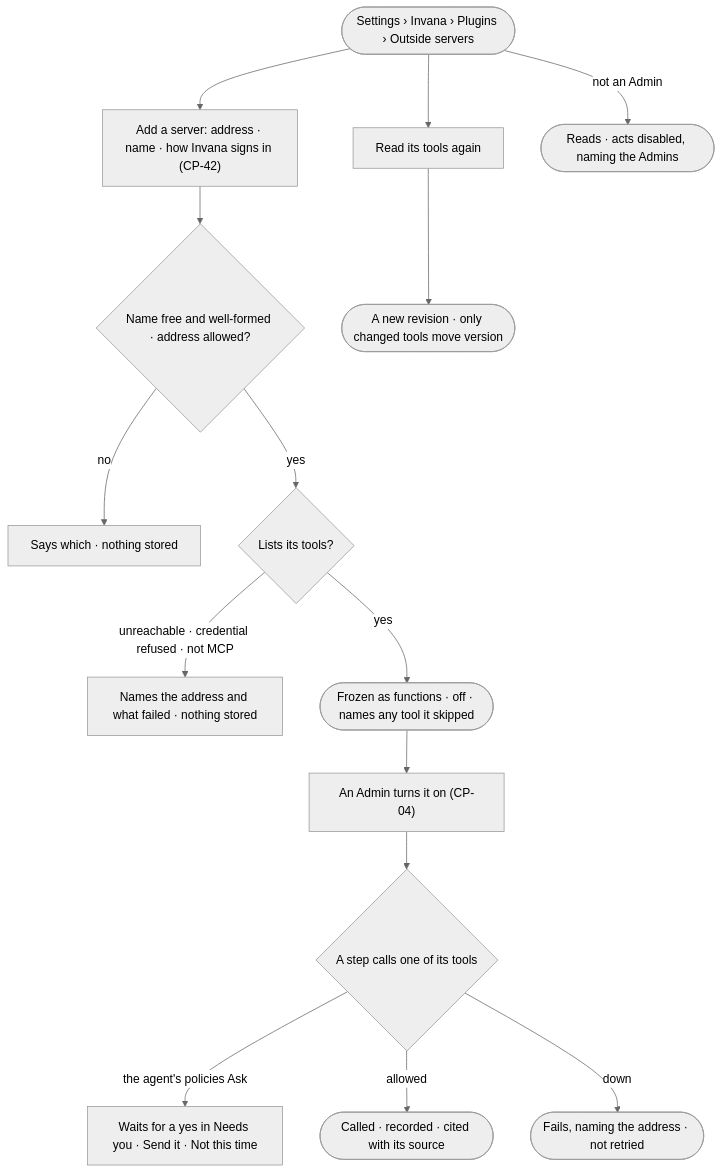
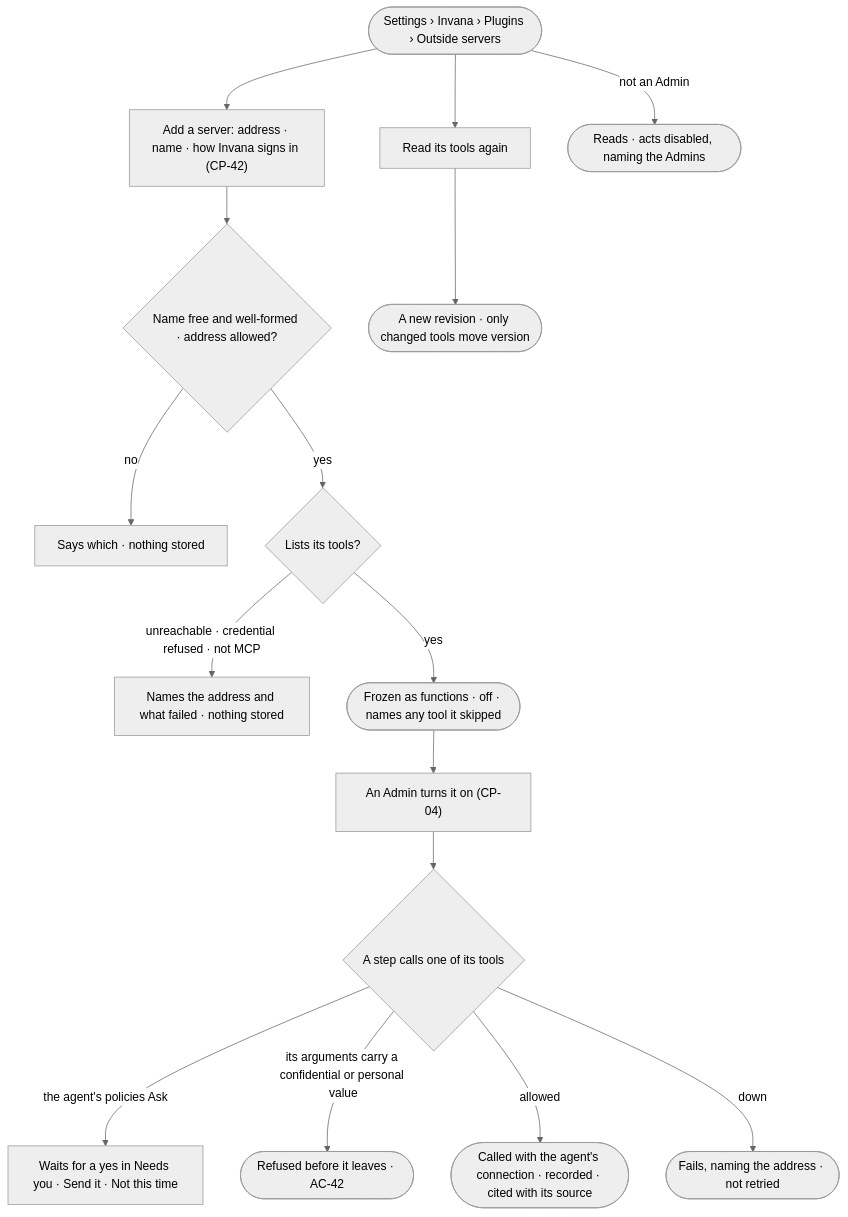
Before and after one commit to invana/invana: the diagram in specs/os/control/features/CP-F02-plugins-and-outside-tools/stories/CP-02-add-an-outside-mcp-server-and-let-agents-call-its-tools/story.md, drawn with Mermaid (neutral theme). The commit also changed other lines of this file and 300 other files, not shown here.

````diff
--- a/specs/os/control/features/CP-F02-plugins-and-outside-tools/stories/CP-02-add-an-outside-mcp-server-and-let-agents-call-its-tools/story.md
+++ b/specs/os/control/features/CP-F02-plugins-and-outside-tools/stories/CP-02-add-an-outside-mcp-server-and-let-agents-call-its-tools/story.md
@@ -27,17 +29,18 @@
 ```mermaid
 flowchart TD
   s([Settings › Invana › Plugins › Outside servers]) --> a["Add a server: address · name · how Invana signs in (CP-42)"]
   a --> n{"Name free and well-formed · address allowed?"}
   n -->|no| nf["Says which · nothing stored"]
   n -->|yes| l{"Lists its tools?"}
   l -->|unreachable · credential refused · not MCP| lf["Names the address and what failed · nothing stored"]
   l -->|yes| fz(["Frozen as functions · off · names any tool it skipped"])
   fz --> on["An Admin turns it on (CP-04)"]
   on --> use{"A step calls one of its tools"}
   use -->|the agent's policies Ask| ask["Waits for a yes in Needs you · Send it · Not this time"]
-  use -->|allowed| call(["Called · recorded · cited with its source"])
+  use -->|its arguments carry a confidential or personal value| ob(["Refused before it leaves · AC-42"])
+  use -->|allowed| call(["Called with the agent's connection · recorded · cited with its source"])
   use -->|down| down(["Fails, naming the address · not retried"])
   s --> rf["Read its tools again"]
   rf --> rv(["A new revision · only changed tools move version"])
   s -->|not an Admin| ro(["Reads · acts disabled, naming the Admins"])
 ```
````
